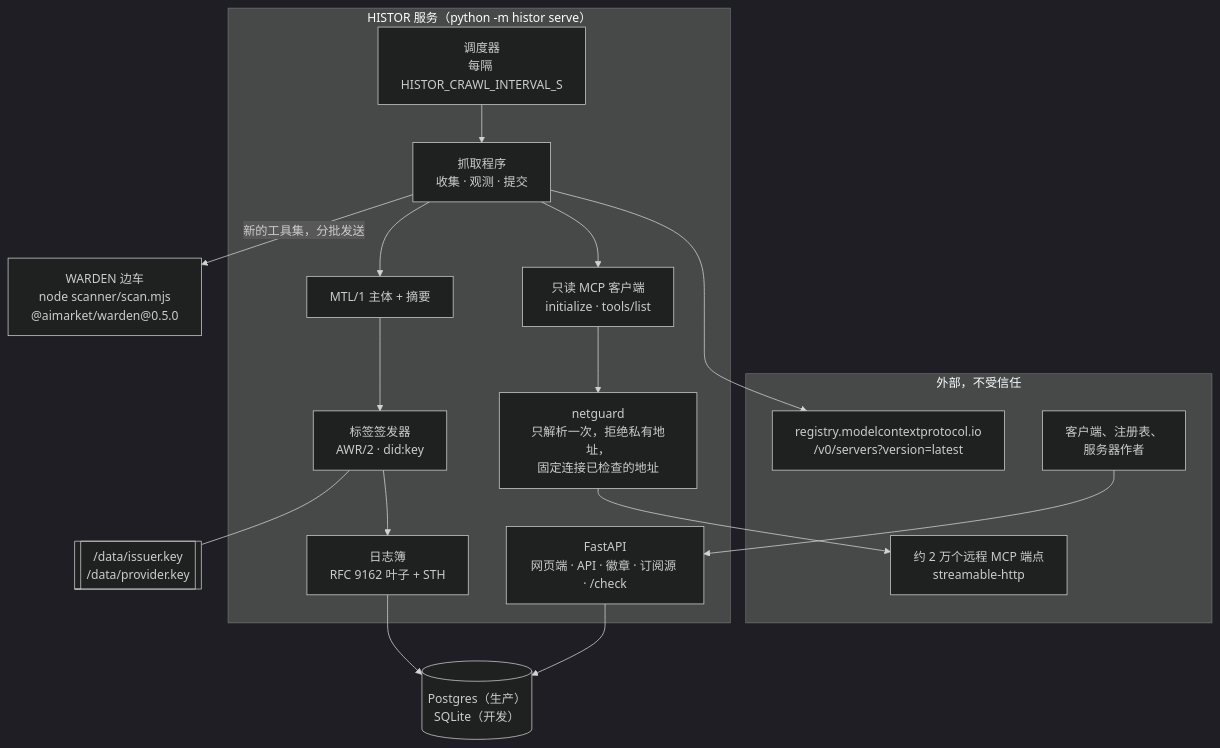
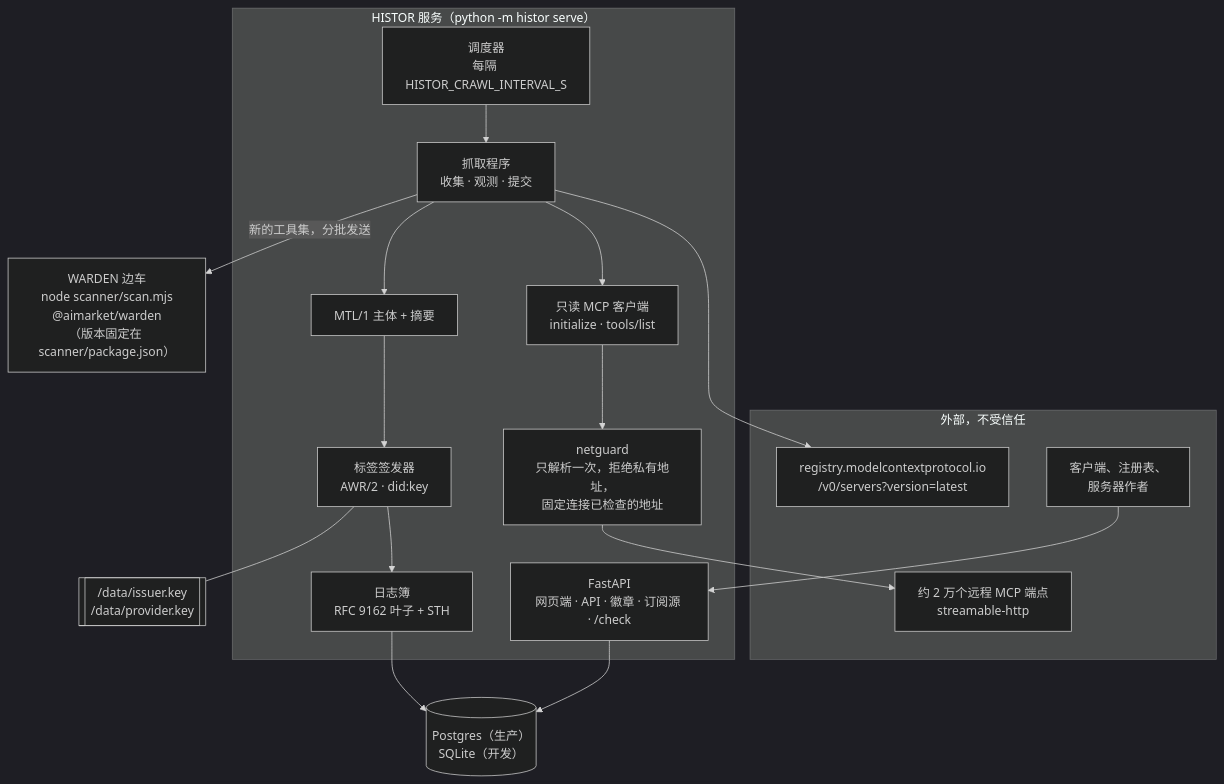
Before and after one commit to alexar76/histor: the first of 4 diagrams in docs/architecture.zh.md, drawn with Mermaid (dark theme). The commit also changed 14 other files, not shown here.

````diff
--- a/docs/architecture.zh.md
+++ b/docs/architecture.zh.md
@@ -8,30 +8,30 @@
 ```mermaid
 flowchart TB
     subgraph Outside["外部，不受信任"]
         REG["registry.modelcontextprotocol.io<br/>/v0/servers?version=latest"]
         MCP["约 2 万个远程 MCP 端点<br/>streamable-http"]
         CLIENT["客户端、注册表、<br/>服务器作者"]
     end
     subgraph Service["HISTOR 服务（python -m histor serve）"]
         SCHED["调度器<br/>每隔 HISTOR_CRAWL_INTERVAL_S"]
         CRAWL["抓取程序<br/>收集 · 观测 · 提交"]
         GUARD["netguard<br/>只解析一次，拒绝私有地址，<br/>固定连接已检查的地址"]
         READER["只读 MCP 客户端<br/>initialize · tools/list"]
         SUBJ["MTL/1 主体 + 摘要"]
         LABELS["标签签发器<br/>AWR/2 · did:key"]
         LOG["日志簿<br/>RFC 9162 叶子 + STH"]
         API["FastAPI<br/>网页端 · API · 徽章 · 订阅源 · /check"]
     end
-    SIDE["WARDEN 边车<br/>node scanner/scan.mjs<br/>@aimarket/warden@0.5.0"]
+    SIDE["WARDEN 边车<br/>node scanner/scan.mjs<br/>@aimarket/warden<br/>（版本固定在 scanner/package.json）"]
     DB[("Postgres（生产）<br/>SQLite（开发）")]
     KEY[["/data/issuer.key<br/>/data/provider.key"]]
 
     SCHED --> CRAWL
     CRAWL --> REG
     CRAWL --> READER --> GUARD --> MCP
     CRAWL --> SUBJ --> LABELS --> LOG --> DB
     CRAWL -- "新的工具集，分批发送" --> SIDE
     LABELS --- KEY
     API --> DB
     CLIENT --> API
 ```
````
